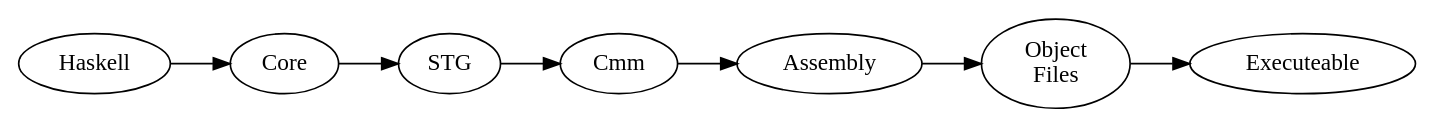
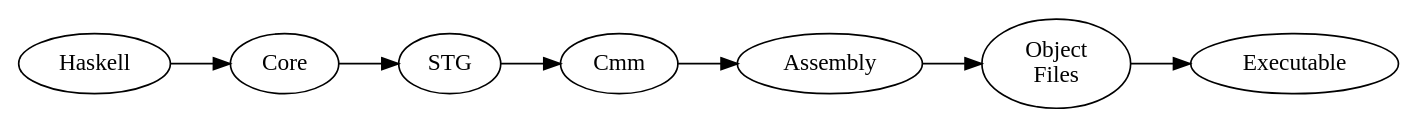
Before and after one commit to Tarrasch/exjobb: the diagram in report/fig/phases.dot, drawn with Graphviz. The commit also changed 4 other files, not shown here.

```diff
--- a/report/fig/phases.dot
+++ b/report/fig/phases.dot
@@ -1,10 +1,10 @@
 digraph G {
   OFiles [ label="Object\nFiles" ]
   Haskell->Core
   Core->STG
   STG->Cmm
   Cmm->Assembly
   Assembly->OFiles
-  OFiles->Executeable
+  OFiles->Executable
   rankdir="LR"
 }
```
